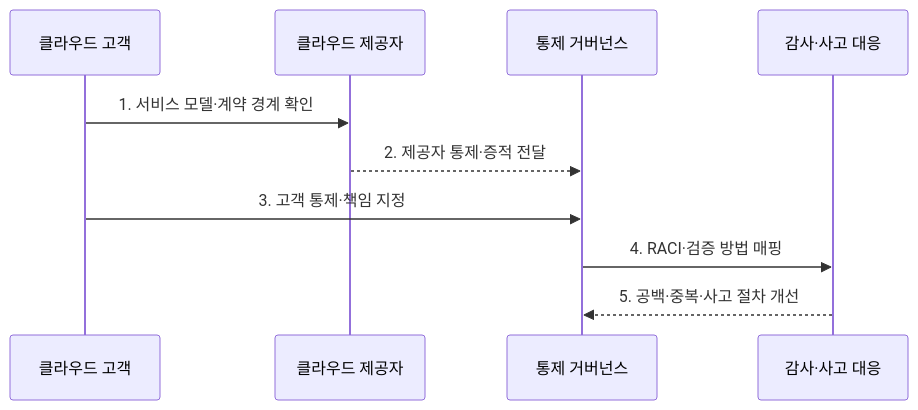
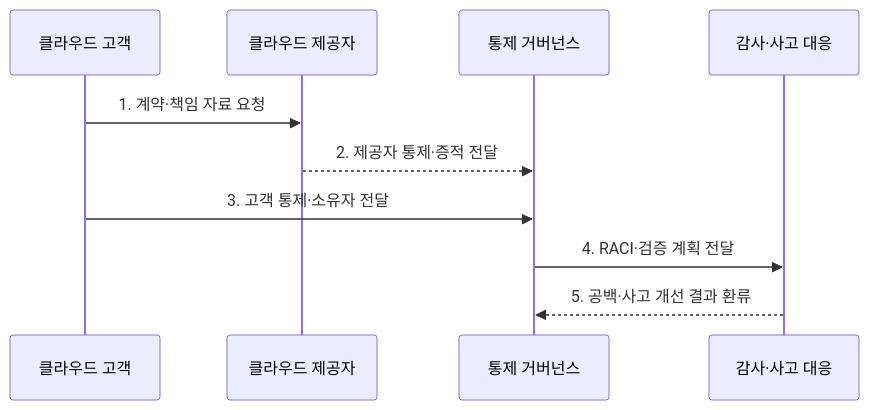
One commit to agnusdei1207/knowledge-base changed the second of 2 diagrams in src/content/docs/notes/05-security/071_shared_responsibility.md. Above: the diagram before and after it, drawn with Mermaid. The commit also changed other lines of this file and 20 other files, not shown here.

````diff
--- a/src/content/docs/notes/05-security/071_shared_responsibility.md
+++ b/src/content/docs/notes/05-security/071_shared_responsibility.md
@@ -87,12 +96,12 @@
 ```mermaid
 sequenceDiagram
     participant C as 클라우드 고객
     participant P as 클라우드 제공자
     participant G as 통제 거버넌스
     participant A as 감사·사고 대응
-    C->>P: 1. 서비스 모델·계약 경계 확인
+    C->>P: 1. 계약·책임 자료 요청
     P-->>G: 2. 제공자 통제·증적 전달
-    C->>G: 3. 고객 통제·책임 지정
-    G->>A: 4. RACI·검증 방법 매핑
-    A-->>G: 5. 공백·중복·사고 절차 개선
+    C->>G: 3. 고객 통제·소유자 전달
+    G->>A: 4. RACI·검증 계획 전달
+    A-->>G: 5. 공백·사고 개선 결과 환류
 ```
````
